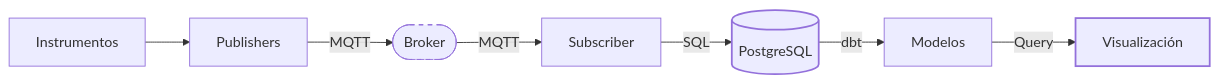
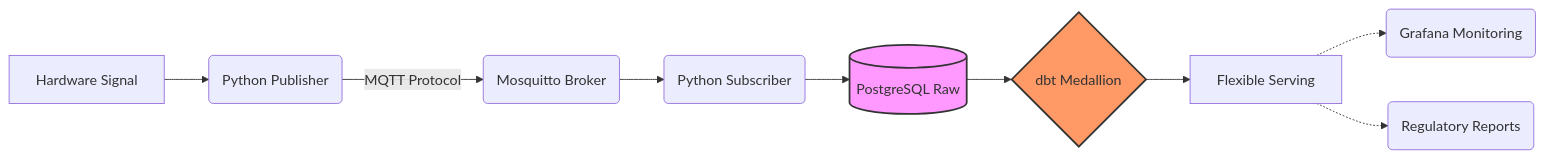
Before and after one commit to andreslarrahona/lab-telemetry-elt: the diagram in README.md, drawn with Mermaid. The commit also changed other lines of this file, not shown here.

Commit message:
refactor(readme): formalize architecture, regulatory context and data quality gates; clarify ELT layers and design trade-offs

````diff
--- a/README.md
+++ b/README.md
@@ -29,14 +53,14 @@
 ```mermaid
 graph LR
-    A[Instrumentos] --> B[Publishers]
-    B -- "MQTT" --> C([Broker])
-    C -- "MQTT" --> D[Subscriber]
-    D -- "SQL" --> E[(PostgreSQL)]
-    E -- "dbt" --> F[Modelos]
-    F -- "Query" --> G[Visualización]
-
-    style E stroke-width:2px
-    style G stroke-width:2px
-    style C stroke-dasharray: 5 5
-
+    A[Hardware Signal] --> B(Python Publisher)
+    B -->|MQTT Protocol| C(Mosquitto Broker)
+    C --> D(Python Subscriber)
+    D --> E[(PostgreSQL Raw)]
+    E --> F{dbt Medallion}
+    F --> G[Flexible Serving]
+    G -.-> H(Grafana Monitoring)
+    G -.-> I(Regulatory Reports)
+    
+    style E fill:#f9f,stroke:#333,stroke-width:2px
+    style F fill:#f96,stroke:#333,stroke-width:2px
 ```
````
